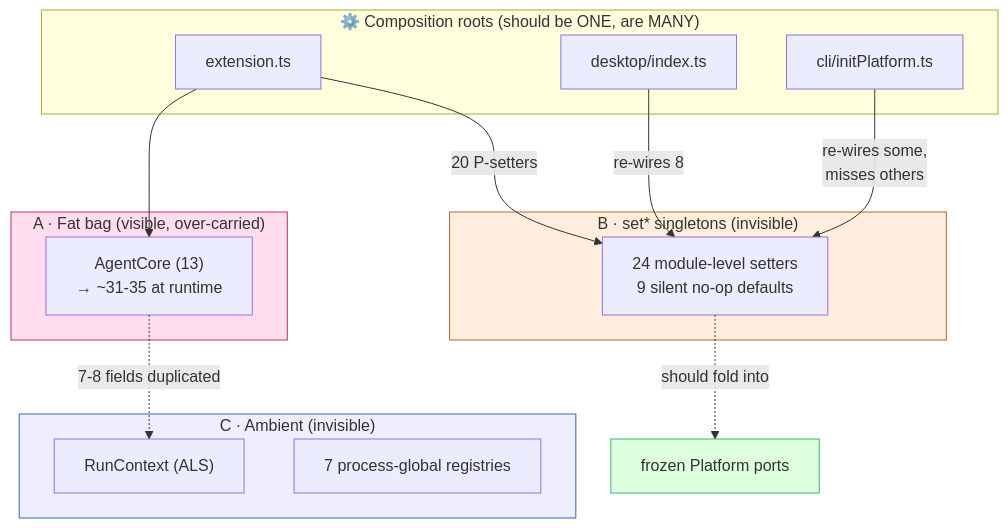
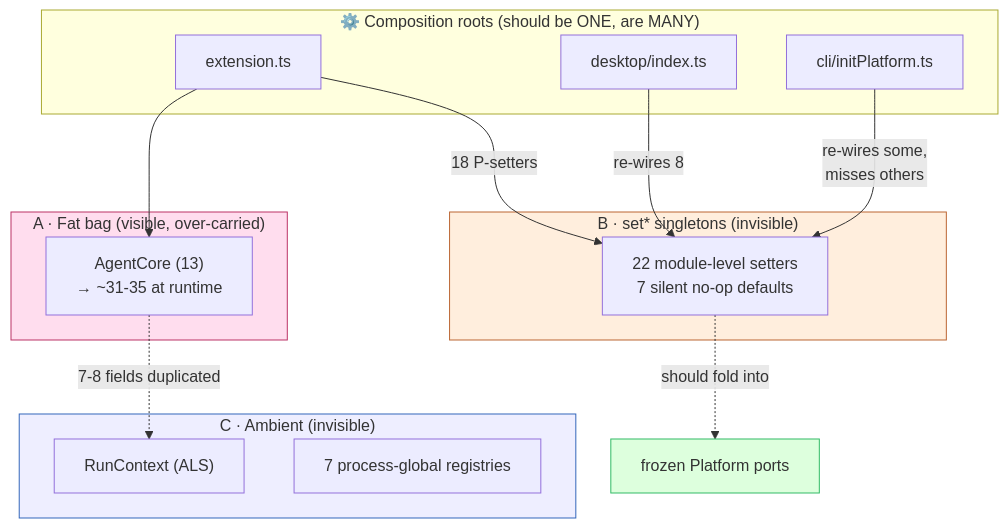
Before and after one commit to LionSR/TeXRA: the first of 7 diagrams in docs/proposals/dependency-injection-cleanup.md, drawn with Mermaid. The commit also changed other lines of this file and 14 other files, not shown here.

````diff
--- a/docs/proposals/dependency-injection-cleanup.md
+++ b/docs/proposals/dependency-injection-cleanup.md
@@ -28,32 +28,32 @@
 ```mermaid
 flowchart TB
     subgraph CR["⚙️ Composition roots (should be ONE, are MANY)"]
         EXT["extension.ts"]
         DESK["desktop/index.ts"]
         CLI["cli/initPlatform.ts"]
     end
 
     subgraph A["A · Fat bag (visible, over-carried)"]
         AC["AgentCore (13)\n→ ~31-35 at runtime"]
     end
     subgraph B["B · set* singletons (invisible)"]
-        SET["24 module-level setters\n9 silent no-op defaults"]
+        SET["22 module-level setters\n7 silent no-op defaults"]
     end
     subgraph C["C · Ambient (invisible)"]
         RC["RunContext (ALS)"]
         REG["7 process-global registries"]
     end
 
-    EXT -->|"20 P-setters"| SET
+    EXT -->|"18 P-setters"| SET
     DESK -->|"re-wires 8"| SET
     CLI -->|"re-wires some,\nmisses others"| SET
 
     EXT --> AC
     AC -. "7-8 fields duplicated" .-> RC
     SET -. "should fold into" .-> PORT["frozen Platform ports"]
 
     style A fill:#fde,stroke:#b36
     style B fill:#fed,stroke:#b63
     style C fill:#eef,stroke:#36b
     style PORT fill:#dfd,stroke:#3b6
 ```
````
